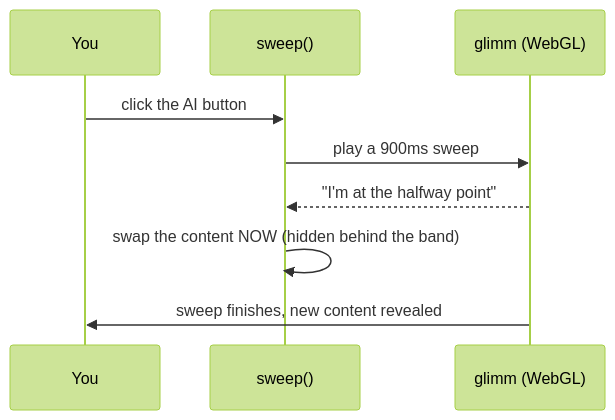
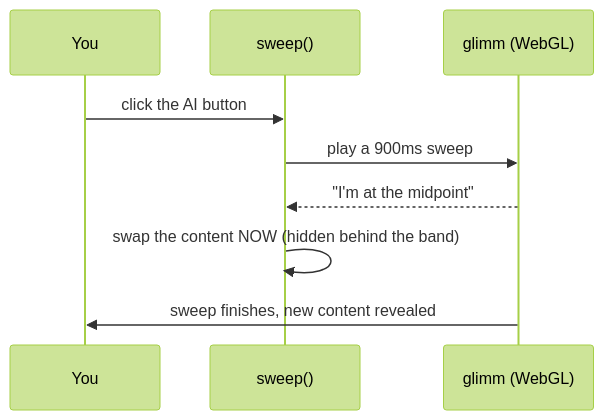
One commit to femola-dev/InteractComponents changed the second of 2 diagrams in HOW-IT-WORKS.md. Above: the diagram before and after it, drawn with Mermaid (forest theme). The commit also changed other lines of this file and 2 other files, not shown here.

````diff
--- a/HOW-IT-WORKS.md
+++ b/HOW-IT-WORKS.md
@@ -322,11 +423,11 @@
 ```mermaid
 sequenceDiagram
   participant U as You
   participant S as sweep()
   participant G as glimm (WebGL)
   U->>S: click the AI button
   S->>G: play a 900ms sweep
-  G-->>S: "I'm at the halfway point"
+  G-->>S: "I'm at the midpoint"
   S->>S: swap the content NOW (hidden behind the band)
   G->>U: sweep finishes, new content revealed
 ```
````
